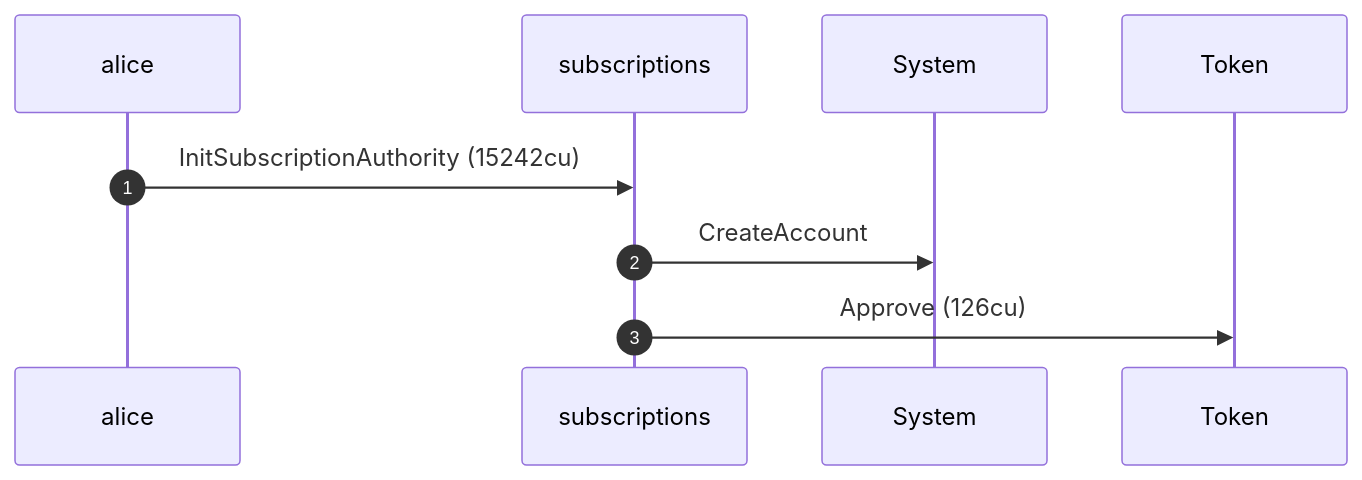
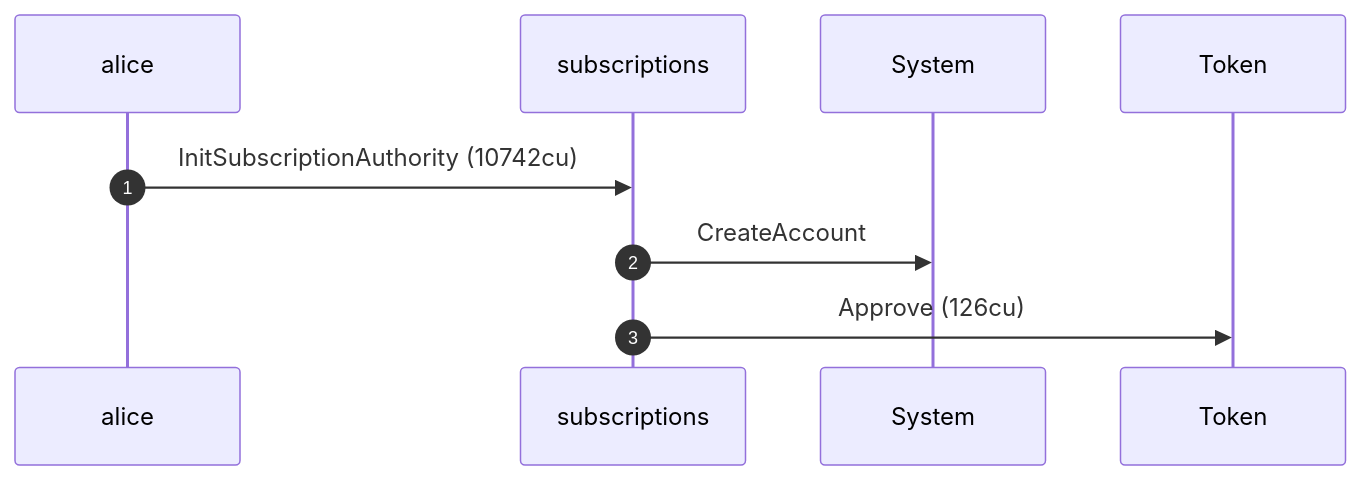
One commit to cds-rs/subscriptions changed the ninth of 12 diagrams in dsl_tests/subscribe-rejects-a-mint-mismatch.md. Above: the diagram before and after it, drawn with Mermaid. The commit also changed other lines of this file and 224 other files, not shown here.

````diff
--- a/dsl_tests/subscribe-rejects-a-mint-mismatch.md
+++ b/dsl_tests/subscribe-rejects-a-mint-mismatch.md
@@ -176,11 +185,11 @@
 ```mermaid
 sequenceDiagram
     autonumber
     participant alice
     participant subscriptions
     participant System
     participant Token
-    alice ->> subscriptions: InitSubscriptionAuthority (15242cu)
+    alice ->> subscriptions: InitSubscriptionAuthority (10742cu)
     subscriptions ->> System: CreateAccount
     subscriptions ->> Token: Approve (126cu)
 ```
````
